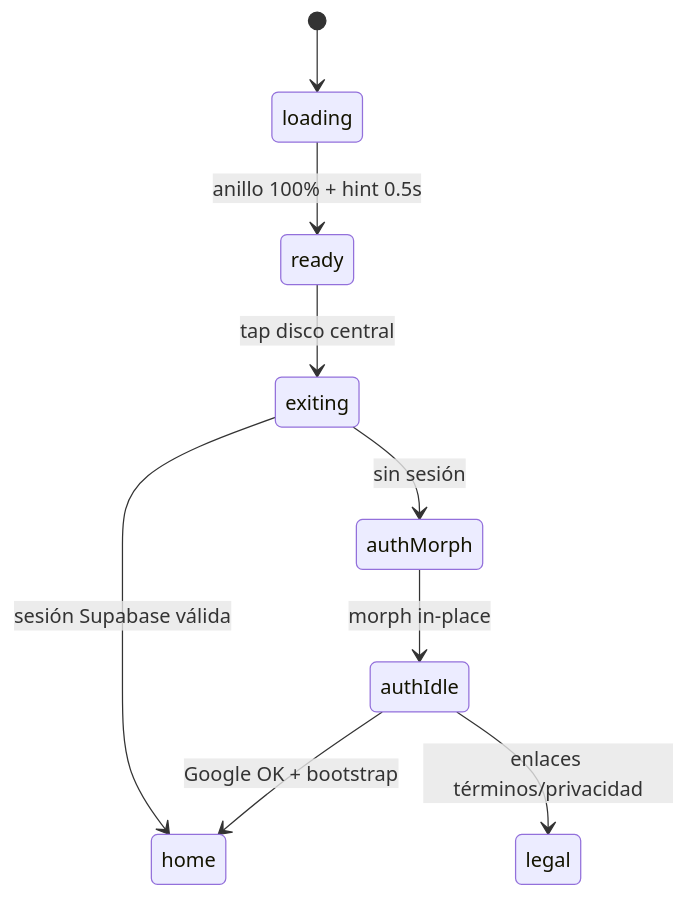
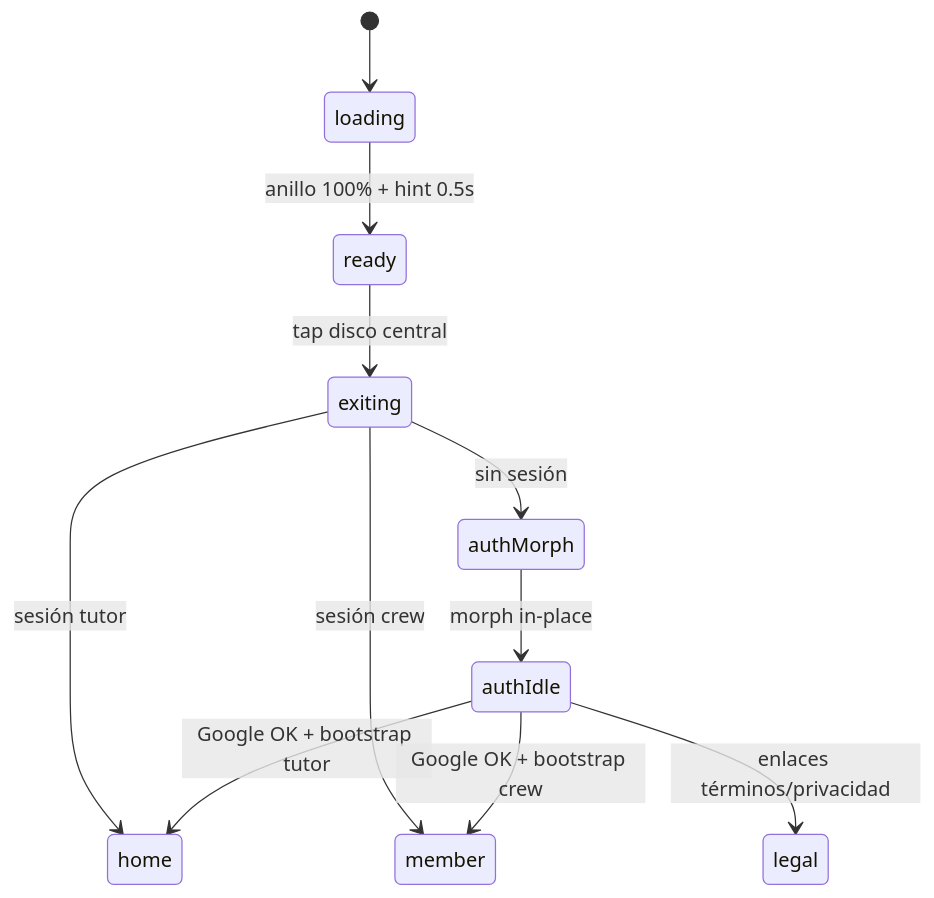
The first of 2 diagrams in .cursor/diagrams/09-loader-gate-auth.md (KuiperBelt-PRO/kidepik), drawn with Mermaid before and after one commit. The commit also changed other lines of this file and 85 other files, not shown here.

First line of the commit message:
add crew member accounts and developer debug for crew

````diff
--- a/.cursor/diagrams/09-loader-gate-auth.md
+++ b/.cursor/diagrams/09-loader-gate-auth.md
@@ -6,11 +6,13 @@
 ```mermaid
 stateDiagram-v2
   [*] --> loading
   loading --> ready: anillo 100% + hint 0.5s
   ready --> exiting: tap disco central
-  exiting --> home: sesión Supabase válida
+  exiting --> home: sesión tutor
+  exiting --> member: sesión crew
   exiting --> authMorph: sin sesión
   authMorph --> authIdle: morph in-place
-  authIdle --> home: Google OK + bootstrap
+  authIdle --> home: Google OK + bootstrap tutor
+  authIdle --> member: Google OK + bootstrap crew
   authIdle --> legal: enlaces términos/privacidad
 ```
````
